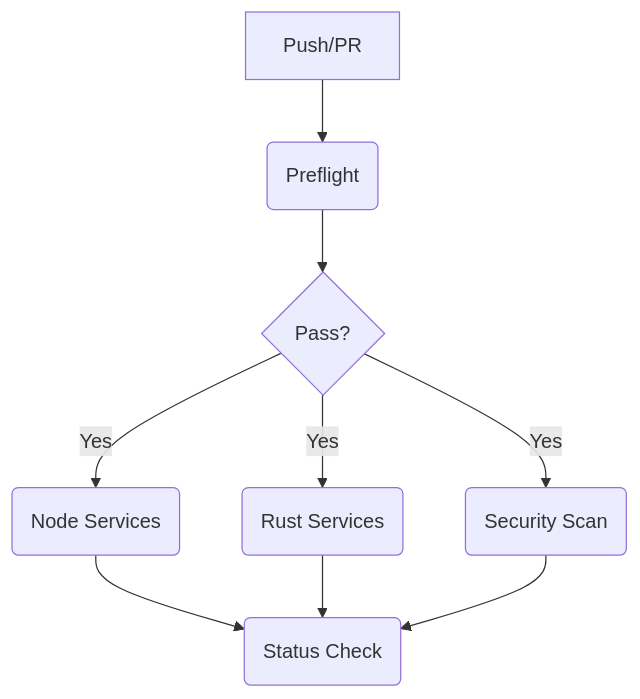
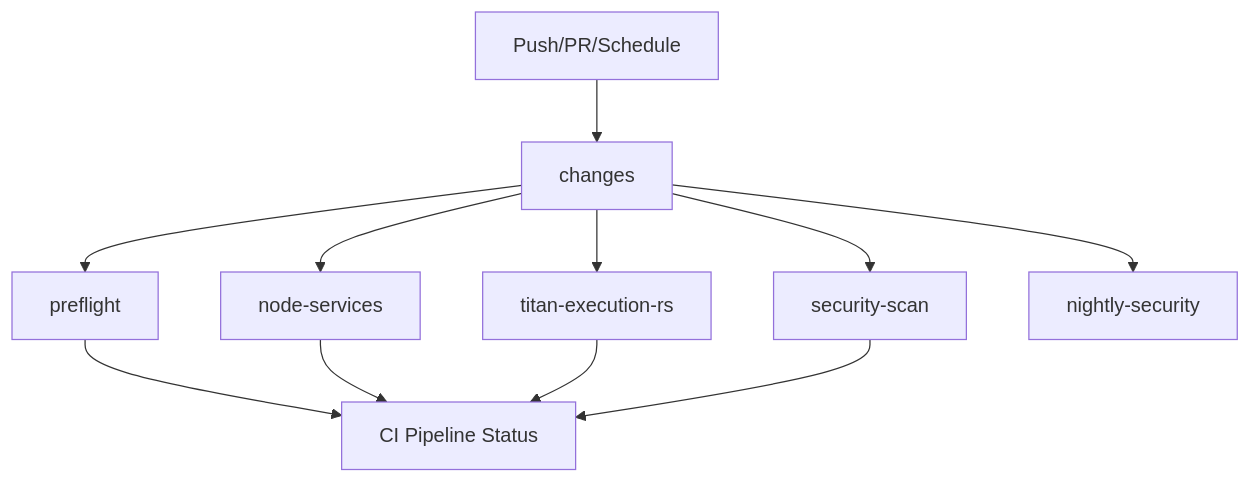
The diagram in docs/ci/sota_report.md (peycheff-com/titan-trading-system), drawn with Mermaid before and after one commit. The commit also changed other lines of this file and 2 other files, not shown here.

````diff
--- a/docs/ci/sota_report.md
+++ b/docs/ci/sota_report.md
@@ -16,11 +86,13 @@
 ```mermaid
 graph TD
-    A[Push/PR] --> B(Preflight)
-    B --> C{Pass?}
-    C -->|Yes| D(Node Services)
-    C -->|Yes| E(Rust Services)
-    C -->|Yes| F(Security Scan)
-    D --> G(Status Check)
+    A[Push/PR/Schedule] --> B[changes]
+    B --> C[preflight]
+    B --> D[node-services]
+    B --> E[titan-execution-rs]
+    B --> F[security-scan]
+    B --> N[nightly-security]
+    C --> G[CI Pipeline Status]
+    D --> G
     E --> G
     F --> G
 ```
````
